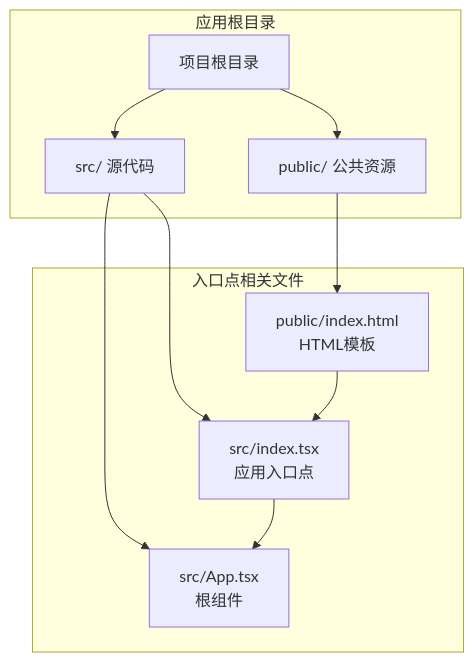
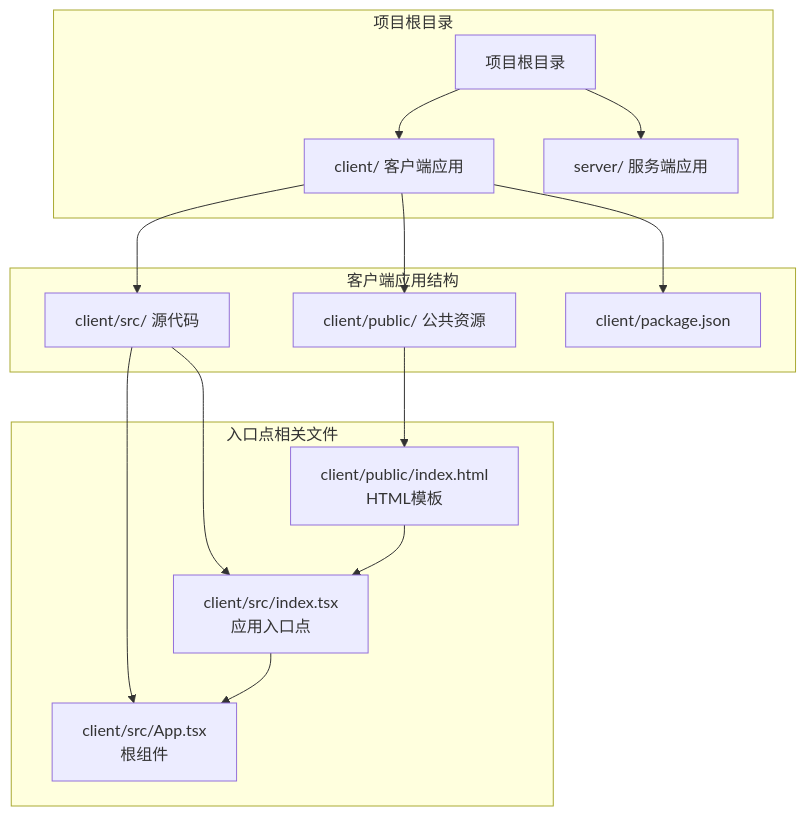
Before and after one commit to kkxxll/reactNext: the first of 9 diagrams in .qoder/repowiki/zh/content/核心组件/应用入口点.md, drawn with Mermaid. The commit also changed other lines of this file and 12 other files, not shown here.

````diff
--- a/.qoder/repowiki/zh/content/核心组件/应用入口点.md
+++ b/.qoder/repowiki/zh/content/核心组件/应用入口点.md
@@ -34,20 +45,25 @@
 ```mermaid
 graph TB
-subgraph "应用根目录"
+subgraph "项目根目录"
 Root[项目根目录]
-Public[public/ 公共资源]
-Src[src/ 源代码]
+Client[client/ 客户端应用]
+Server[server/ 服务端应用]
+end
+subgraph "客户端应用结构"
+Client --> ClientSrc[client/src/ 源代码]
+Client --> ClientPublic[client/public/ 公共资源]
+Client --> ClientPackage[client/package.json]
 end
 subgraph "入口点相关文件"
-IndexTSX[src/index.tsx<br/>应用入口点]
-AppTSX[src/App.tsx<br/>根组件]
-IndexHTML[public/index.html<br/>HTML模板]
+IndexTSX[client/src/index.tsx<br/>应用入口点]
+AppTSX[client/src/App.tsx<br/>根组件]
+IndexHTML[client/public/index.html<br/>HTML模板]
 end
-Root --> Public
-Root --> Src
-Src --> IndexTSX
-Src --> AppTSX
-Public --> IndexHTML
+Root --> Client
+Root --> Server
+ClientSrc --> IndexTSX
+ClientSrc --> AppTSX
+ClientPublic --> IndexHTML
 IndexTSX --> AppTSX
 IndexHTML --> IndexTSX
 ```
````
